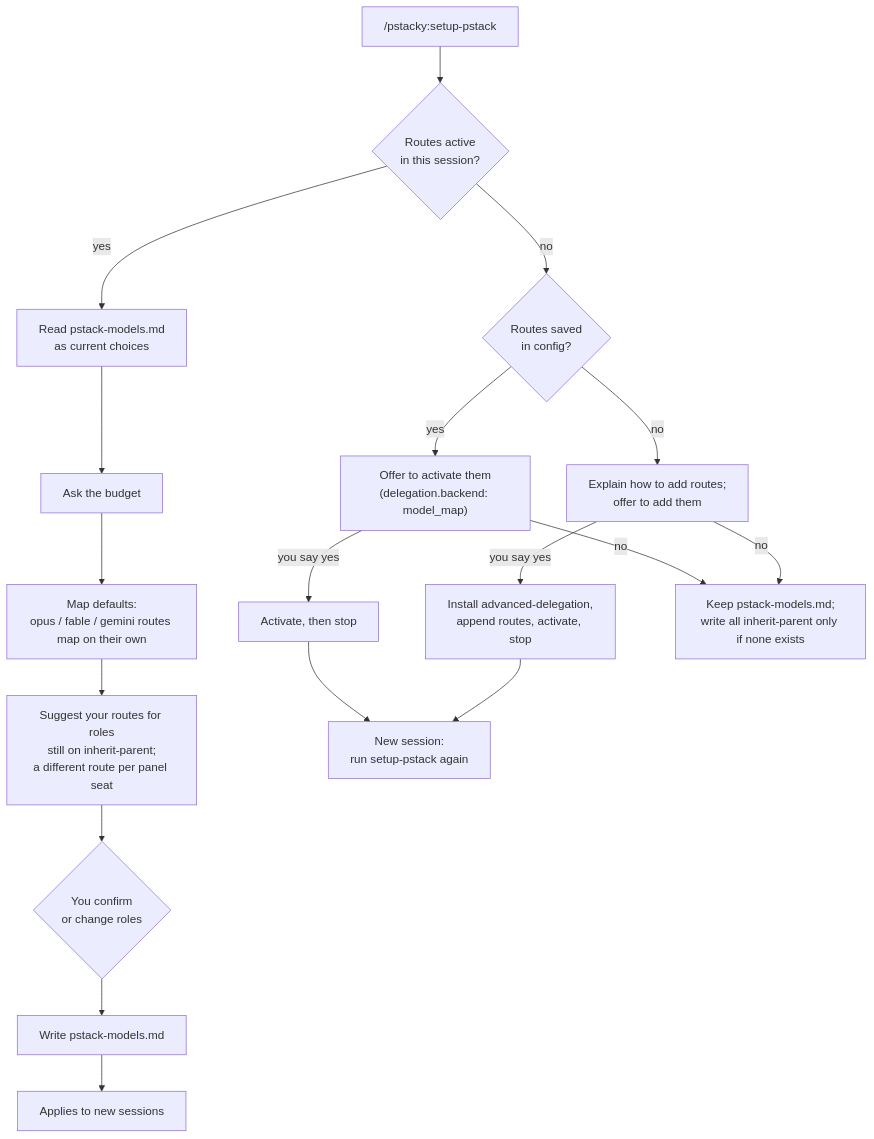
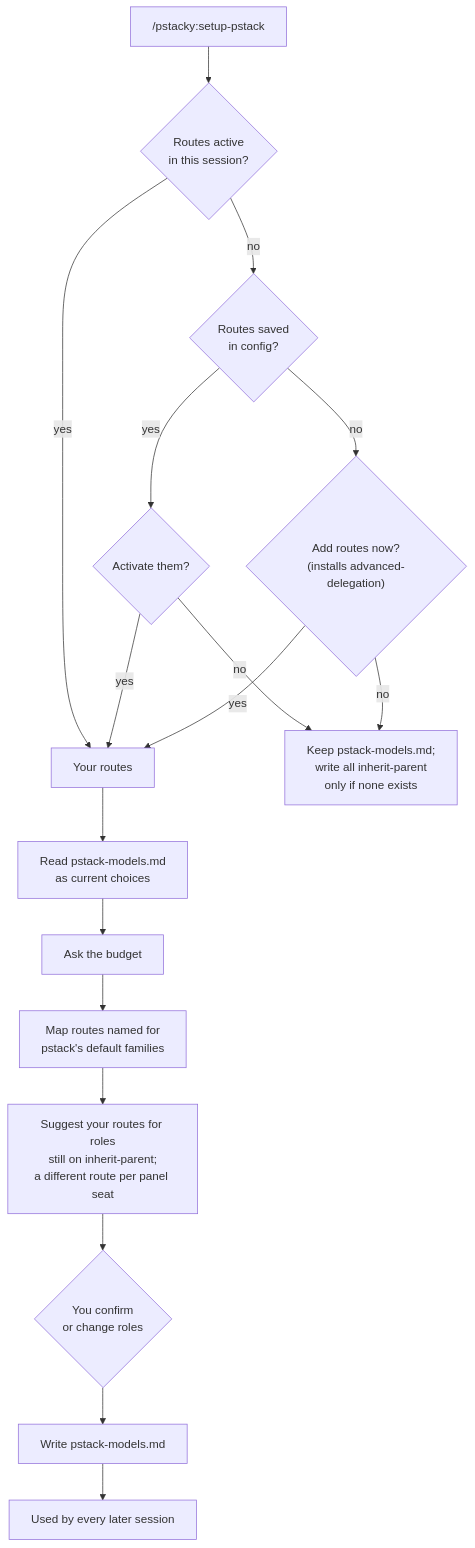
One commit to Trisert/pstacky changed the first of 2 diagrams in README.md. Above: the diagram before and after it, drawn with Mermaid. The commit also changed other lines of this file and 1 other file, not shown here.

Commit message:
feat(setup-pstack): one run, even when it activates or adds routes
After activating or adding routes, continue with the read-back list as the
route set and write the role file in the same run; no second session. README:
setup-pstack runs once; diagrams drop model names.

````diff
--- a/README.md
+++ b/README.md
@@ -113,20 +117,19 @@
 ```mermaid
 flowchart TD
     A["/pstacky:setup-pstack"] --> B{"Routes active<br/>in this session?"}
-    B -- yes --> C["Read pstack-models.md<br/>as current choices"]
+    B -- yes --> R["Your routes"]
+    B -- no --> I{"Routes saved<br/>in config?"}
+    I -- yes --> J{"Activate them?"}
+    I -- no --> K{"Add routes now?<br/>(installs advanced-delegation)"}
+    J -- yes --> R
+    K -- yes --> R
+    J -- no --> O["Keep pstack-models.md;<br/>write all inherit-parent<br/>only if none exists"]
+    K -- no --> O
+    R --> C["Read pstack-models.md<br/>as current choices"]
     C --> D["Ask the budget"]
-    D --> E["Map defaults:<br/>opus / fable / gemini routes map on their own"]
+    D --> E["Map routes named for<br/>pstack's default families"]
     E --> F["Suggest your routes for roles<br/>still on inherit-parent;<br/>a different route per panel seat"]
     F --> G{"You confirm<br/>or change roles"}
     G --> H["Write pstack-models.md"]
-    H --> Z["Applies to new sessions"]
-    B -- no --> I{"Routes saved<br/>in config?"}
-    I -- yes --> J["Offer to activate them<br/>(delegation.backend: model_map)"]
-    I -- no --> K["Explain how to add routes;<br/>offer to add them"]
-    J -- "you say yes" --> L["Activate, then stop"]
-    K -- "you say yes" --> M["Install advanced-delegation,<br/>append routes, activate, stop"]
-    L --> N["New session:<br/>run setup-pstack again"]
-    M --> N
-    J -- no --> O["Keep pstack-models.md;<br/>write all inherit-parent only if none exists"]
-    K -- no --> O
+    H --> Z["Used by every later session"]
 ```
````
